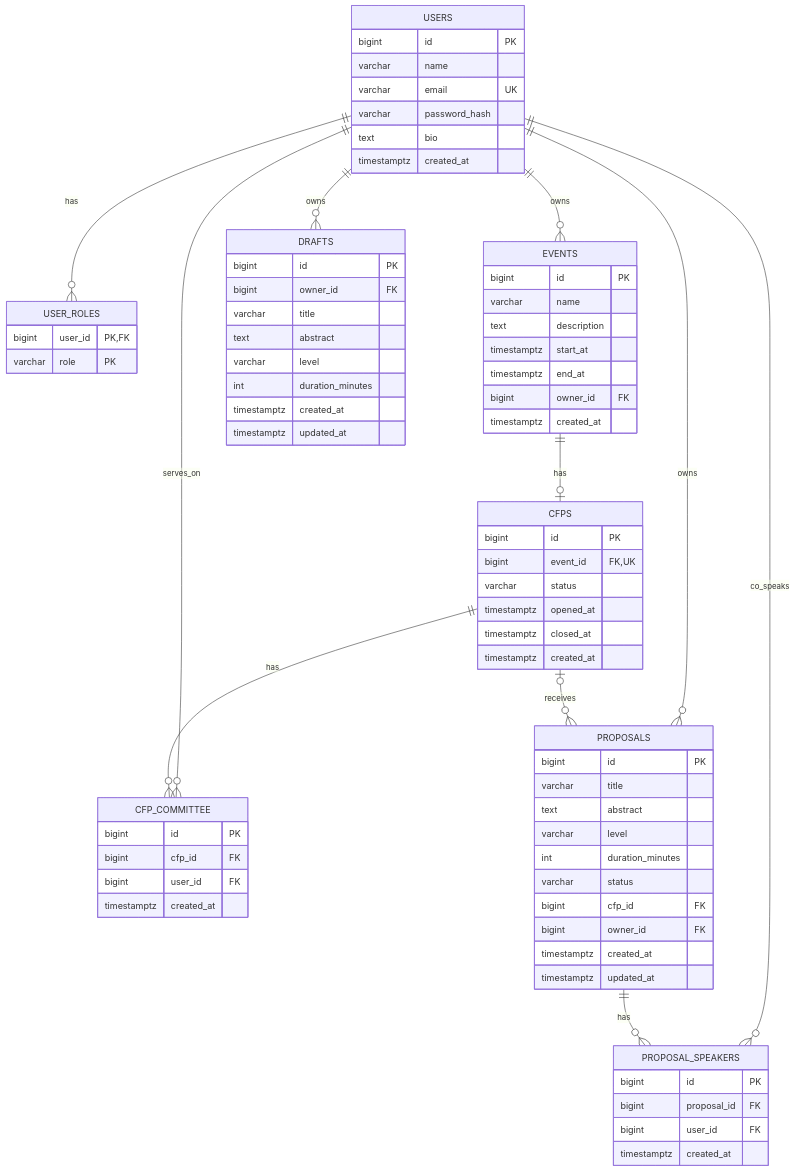
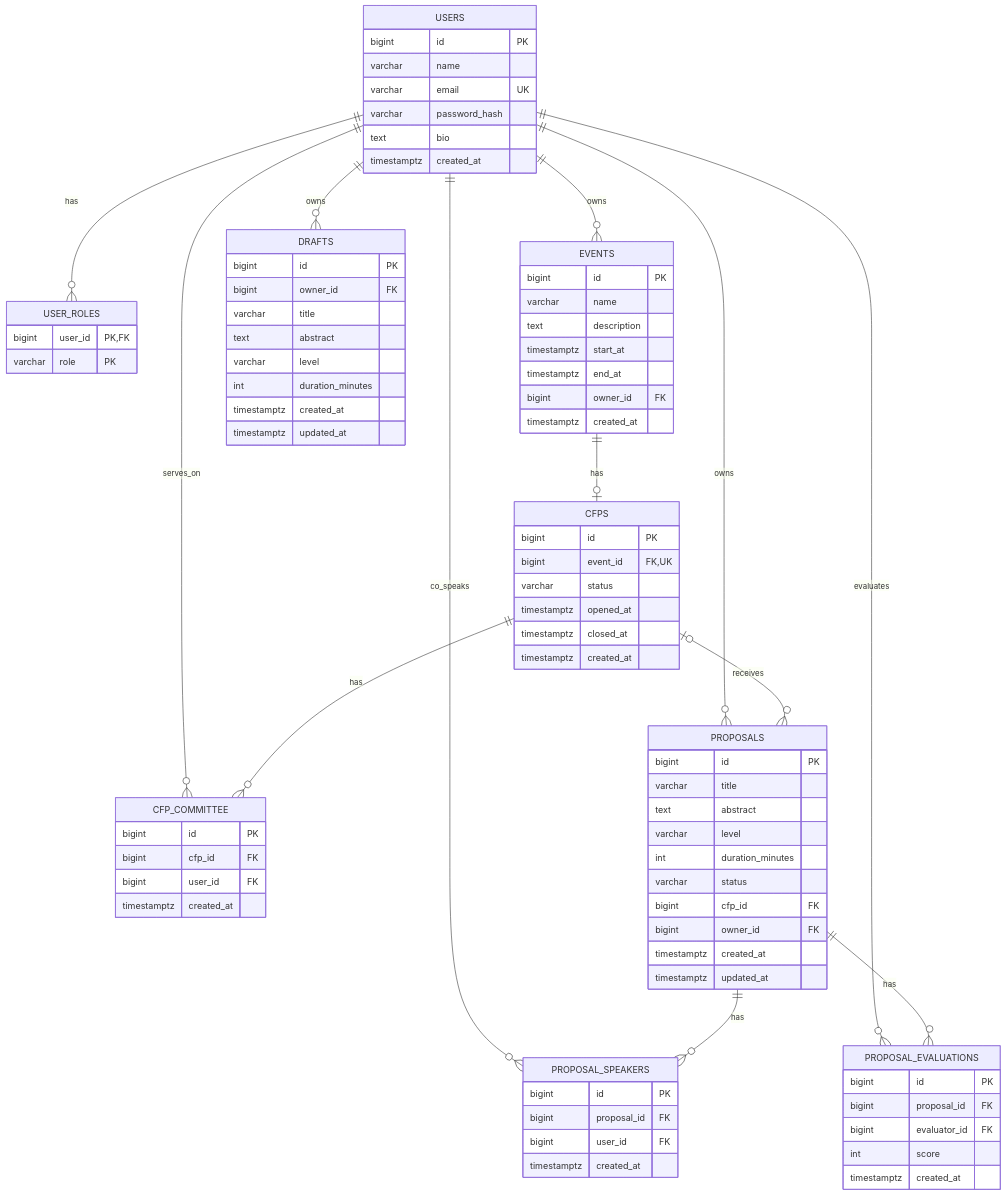
Before and after one commit to dearrudam/cfp-manager: the second of 3 diagrams in README.md, drawn with Mermaid. The commit also changed other lines of this file and 13 other files, not shown here.

````diff
--- a/README.md
+++ b/README.md
@@ -230,6 +233,13 @@
         bigint user_id FK
         timestamptz created_at
     }
+    PROPOSAL_EVALUATIONS {
+        bigint id PK
+        bigint proposal_id FK
+        bigint evaluator_id FK
+        int score
+        timestamptz created_at
+    }
 
     USERS ||--o{ USER_ROLES : has
     USERS ||--o{ EVENTS : owns
@@ -237,8 +247,10 @@
     USERS ||--o{ PROPOSALS : owns
     USERS ||--o{ CFP_COMMITTEE : serves_on
     USERS ||--o{ PROPOSAL_SPEAKERS : co_speaks
+    USERS ||--o{ PROPOSAL_EVALUATIONS : evaluates
     EVENTS ||--o| CFPS : has
     CFPS ||--o{ CFP_COMMITTEE : has
     CFPS |o--o{ PROPOSALS : receives
     PROPOSALS ||--o{ PROPOSAL_SPEAKERS : has
+    PROPOSALS ||--o{ PROPOSAL_EVALUATIONS : has
 ```
````
